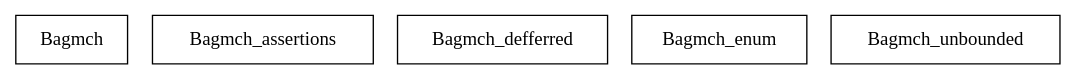
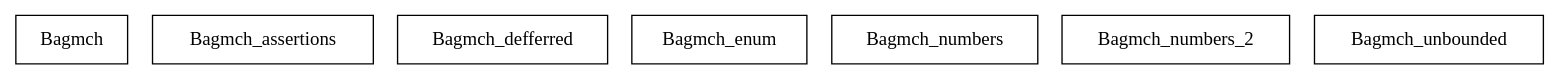
Before and after one commit to agata-borkowska-clark/dissertation: the diagram in Test_scenarios/bdp/Test_scenarios.dot, drawn with Graphviz. The commit also changed 39 other files, not shown here.

Commit message:
adding bag machines with ITEMS being numbers, and describing the (now really) most basic Bagmch_unbounded.mch, where there's no limit on the number of items in the bag (FAULTY! by design)

```diff
--- a/Test_scenarios/bdp/Test_scenarios.dot
+++ b/Test_scenarios/bdp/Test_scenarios.dot
@@ -1,8 +1,10 @@
 digraph {
 Bagmch [ label=" Bagmch " shape= box ]
 Bagmch_assertions [ label=" Bagmch_assertions " shape= box ]
 Bagmch_defferred [ label=" Bagmch_defferred " shape= box ]
 Bagmch_enum [ label=" Bagmch_enum " shape= box ]
+Bagmch_numbers [ label=" Bagmch_numbers " shape= box ]
+Bagmch_numbers_2 [ label=" Bagmch_numbers_2 " shape= box ]
 Bagmch_unbounded [ label=" Bagmch_unbounded " shape= box ]
 
 }
```
